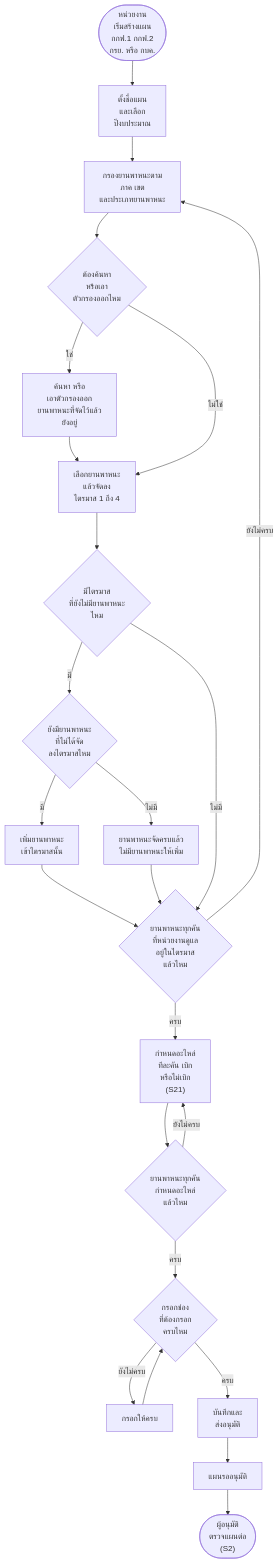
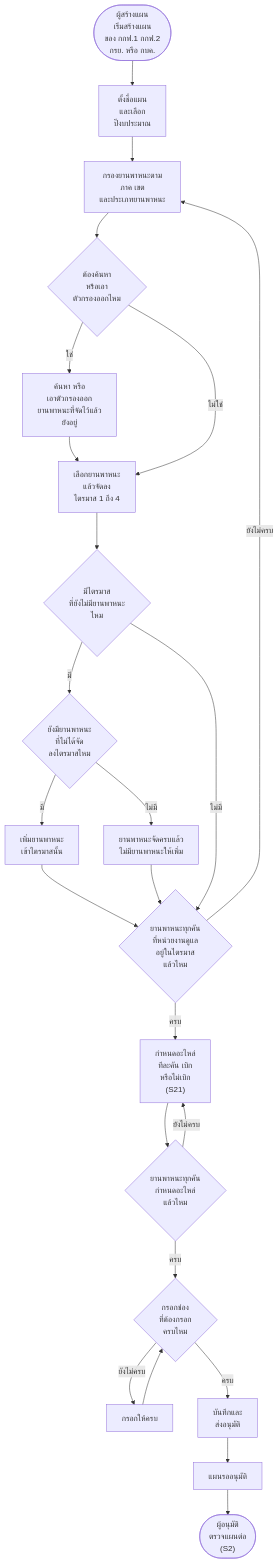
Before and after one commit to anugmail/Maintenance-Request-Form: the first of 19 diagrams in Diagram/01-บำรุงรักษาตามวาระ/27-บำรุงรักษา-flowchart-กิจกรรม.md, drawn with Mermaid. The commit also changed other lines of this file and 21 other files, not shown here.

````diff
--- a/Diagram/01-บำรุงรักษาตามวาระ/27-บำรุงรักษา-flowchart-กิจกรรม.md
+++ b/Diagram/01-บำรุงรักษาตามวาระ/27-บำรุงรักษา-flowchart-กิจกรรม.md
@@ -18,26 +20,26 @@
 ```mermaid
 flowchart TD
-    S(["หน่วยงาน<br/>เริ่มสร้างแผน<br/>กกฟ.1 กกฟ.2<br/>กรย. หรือ กบค."]) --> A1["ตั้งชื่อแผน<br/>และเลือก<br/>ปีงบประมาณ"]
+    S(["ผู้สร้างแผน<br/>เริ่มสร้างแผน<br/>ของ กกฟ.1 กกฟ.2<br/>กรย. หรือ กบค."]) --> A1["ตั้งชื่อแผน<br/>และเลือก<br/>ปีงบประมาณ"]
     A1 --> A2["กรองยานพาหนะตาม<br/>ภาค เขต<br/>และประเภทยานพาหนะ"]
     A2 --> Q1{"ต้องค้นหา<br/>หรือเอา<br/>ตัวกรองออกไหม"}
     Q1 -->|ใช่| A3["ค้นหา หรือ<br/>เอาตัวกรองออก<br/>ยานพาหนะที่จัดไว้แล้ว<br/>ยังอยู่"]
     A3 --> A4
     Q1 -->|ไม่ใช่| A4["เลือกยานพาหนะ<br/>แล้วจัดลง<br/>ไตรมาส 1 ถึง 4"]
     A4 --> Q2{"มีไตรมาส<br/>ที่ยังไม่มียานพาหนะ<br/>ไหม"}
     Q2 -->|มี| Q3{"ยังมียานพาหนะ<br/>ที่ไม่ได้จัด<br/>ลงไตรมาสไหม"}
     Q3 -->|มี| A5["เพิ่มยานพาหนะ<br/>เข้าไตรมาสนั้น"]
     Q3 -->|ไม่มี| A6["ยานพาหนะจัดครบแล้ว<br/>ไม่มียานพาหนะให้เพิ่ม"]
     A5 --> Q5
     A6 --> Q5
     Q2 -->|ไม่มี| Q5{"ยานพาหนะทุกคัน<br/>ที่หน่วยงานดูแล<br/>อยู่ในไตรมาส<br/>แล้วไหม"}
     Q5 -->|ยังไม่ครบ| A2
     Q5 -->|ครบ| A7["กำหนดอะไหล่<br/>ทีละคัน เบิก<br/>หรือไม่เบิก<br/>(S21)"]
     A7 --> Q4{"ยานพาหนะทุกคัน<br/>กำหนดอะไหล่<br/>แล้วไหม"}
     Q4 -->|ยังไม่ครบ| A7
     Q4 -->|ครบ| Q6{"กรอกช่อง<br/>ที่ต้องกรอก<br/>ครบไหม"}
     Q6 -->|ยังไม่ครบ| A8["กรอกให้ครบ"]
     A8 --> Q6
     Q6 -->|ครบ| A9["บันทึกและ<br/>ส่งอนุมัติ"]
     A9 --> A10["แผนรออนุมัติ"]
     A10 --> E(["ผู้อนุมัติ<br/>ตรวจแผนต่อ<br/>(S2)"])
 ```
````
